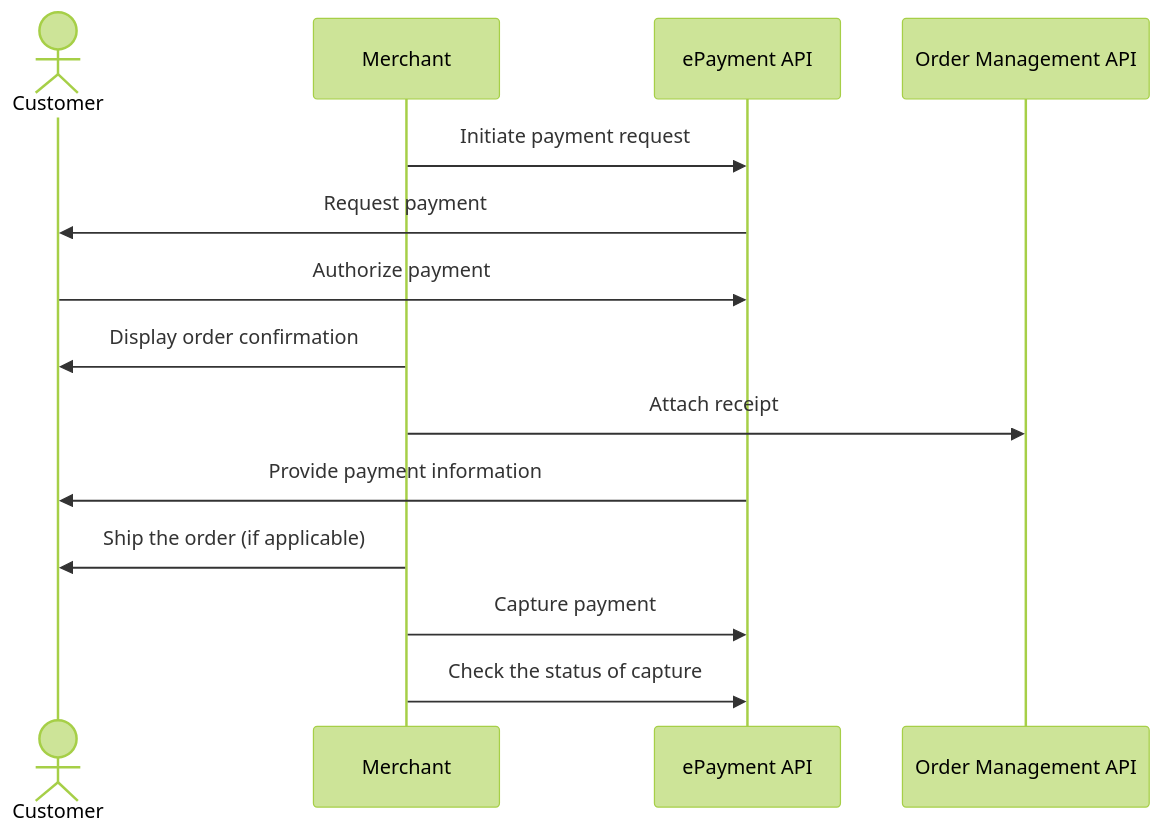
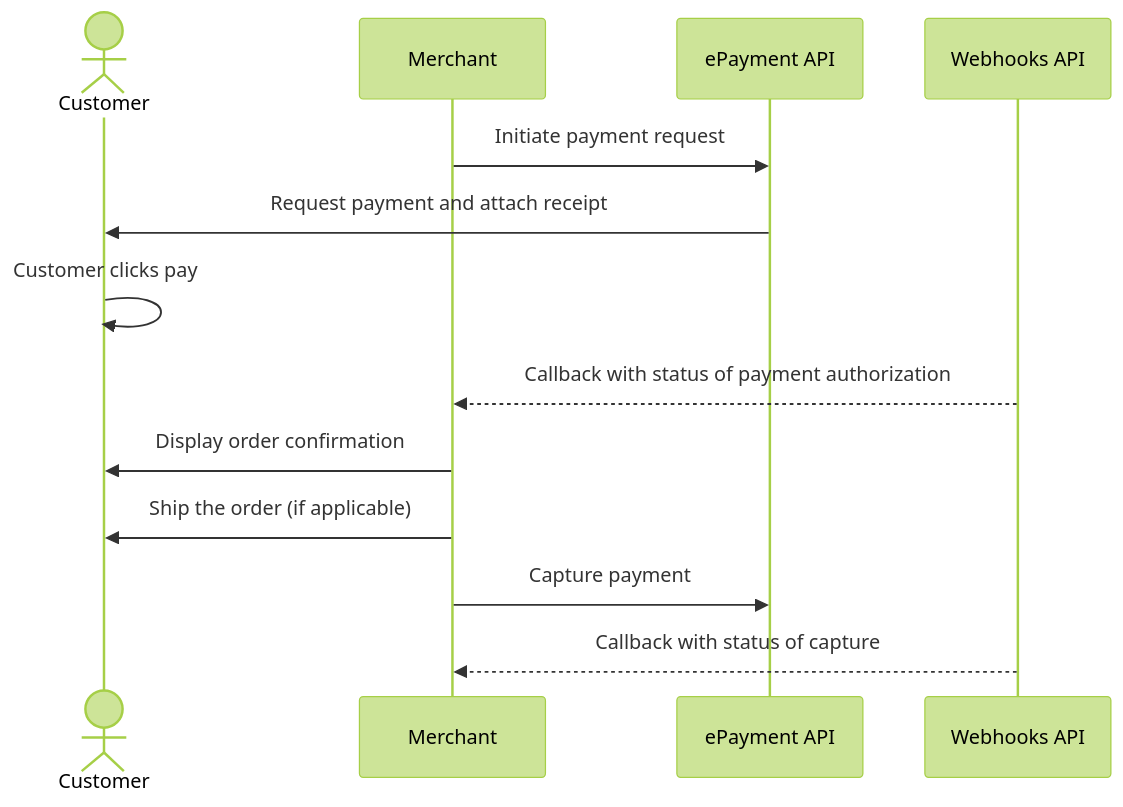
Before and after one commit to vippsas/vipps-solutions: the diagram in online/README.md, drawn with Mermaid (forest theme). The commit also changed other lines of this file and 22 other files, not shown here.

First line of the commit message:
Provide unique examples. Add receipt in payment request when possible. (#86)

````diff
--- a/online/README.md
+++ b/online/README.md
@@ -110,17 +143,16 @@
 ``` mermaid
 sequenceDiagram
     actor C as Customer
     participant M as Merchant
     participant ePayment as ePayment API
-    participant ordermanagement as Order Management API
+    participant Webhooks as Webhooks API
 
     M->>ePayment: Initiate payment request
-    ePayment->>C: Request payment
-    C->>ePayment: Authorize payment
+    ePayment->>C: Request payment and attach receipt
+    C->>C: Customer clicks pay
+    Webhooks-->>M: Callback with status of payment authorization
     M->>C: Display order confirmation
-    M->> ordermanagement: Attach receipt
-    ePayment->>C: Provide payment information
     M->>C: Ship the order (if applicable)
-    M->>ePayment: Capture payment 
-    M->>ePayment: Check the status of capture
+    M->>ePayment: Capture payment
+    Webhooks-->>M: Callback with status of capture
 ```
````
